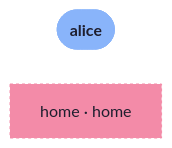
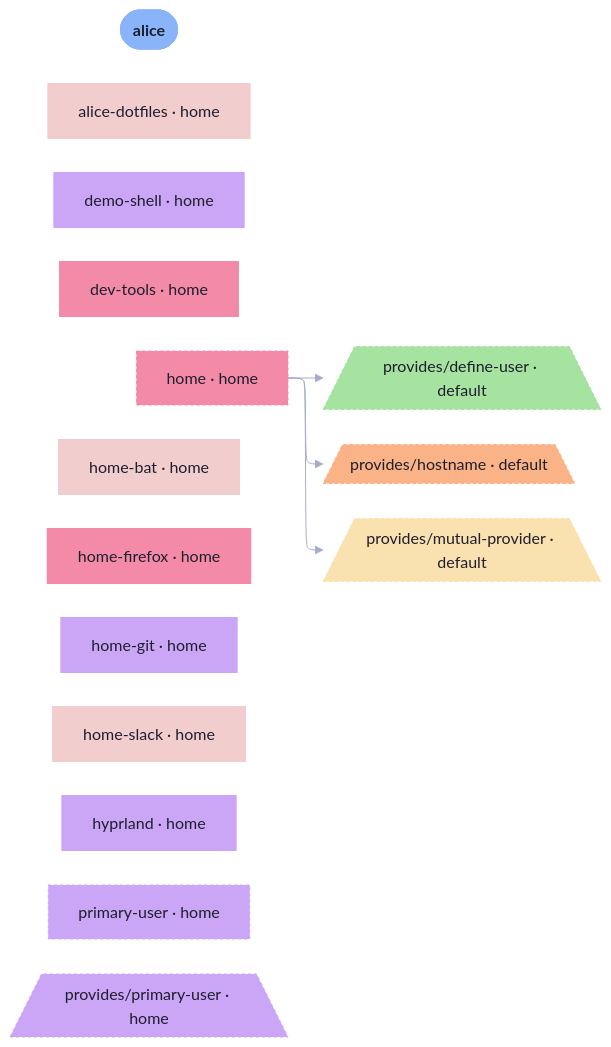
Before and after one commit to sini/den: the diagram in templates/diag-fx-demo/diagrams/home-alice-at-laptop-orphans.md, drawn with Mermaid. The commit also changed 849 other files, not shown here.

Commit message:
chore: update fx diagrams

````diff
--- a/templates/diag-fx-demo/diagrams/home-alice-at-laptop-orphans.md
+++ b/templates/diag-fx-demo/diagrams/home-alice-at-laptop-orphans.md
@@ -5,10 +5,39 @@
 ```mermaid
 %%{init: {"elk":{"mergeEdges":true,"nodePlacementStrategy":"BRANDES_KOEPF"},"layout":"elk","theme":"base","themeVariables":{"activationBkgColor":"#313244","activationBorderColor":"#6c7086","actorBkg":"#313244","actorBorder":"#a6adc8","actorLineColor":"#a6adc8","actorTextColor":"#cdd6f4","background":"#1e1e2e","classText":"#cdd6f4","clusterBkg":"#313244","clusterBorder":"#6c7086","edgeLabelBackground":"#1e1e2e","labelBoxBkgColor":"#313244","labelBoxBorderColor":"#a6adc8","labelTextColor":"#cdd6f4","lineColor":"#a6adc8","loopTextColor":"#cdd6f4","mainBkg":"#313244","nodeBkg":"#313244","nodeBorder":"#a6adc8","nodeTextColor":"#cdd6f4","noteBkgColor":"#313244","noteBorderColor":"#6c7086","noteTextColor":"#cdd6f4","pie1":"#f38ba8","pie2":"#fab387","pie3":"#f9e2af","pie4":"#a6e3a1","pie5":"#94e2d5","pie6":"#89b4fa","pie7":"#cba6f7","pie8":"#f2cdcd","pieLegendTextColor":"#cdd6f4","pieOuterStrokeColor":"#6c7086","pieSectionTextColor":"#cdd6f4","pieStrokeColor":"#6c7086","pieTitleTextColor":"#cdd6f4","primaryBorderColor":"#a6adc8","primaryColor":"#313244","primaryTextColor":"#cdd6f4","secondBkg":"#313244","secondaryBorderColor":"#6c7086","secondaryColor":"#313244","secondaryTextColor":"#cdd6f4","sequenceNumberColor":"#1e1e2e","signalColor":"#a6adc8","signalTextColor":"#cdd6f4","tertiaryBorderColor":"#6c7086","tertiaryColor":"#313244","tertiaryTextColor":"#cdd6f4","textColor":"#cdd6f4","titleColor":"#cdd6f4"}}}%%
 graph LR
   alice([alice]):::root
+  alice_dotfiles["alice-dotfiles · home"]:::alice_dotfiles_c
+  den__provides__define_user[/"provides/define-user · default"\]:::den__provides__define_user_c
+  demo_shell["demo-shell · home"]:::demo_shell_c
+  dev_tools["dev-tools · home"]:::dev_tools_c
   home["home · home"]:::home_c
+  home_bat["home-bat · home"]:::home_bat_c
+  home_firefox["home-firefox · home"]:::home_firefox_c
+  home_git["home-git · home"]:::home_git_c
+  home_slack["home-slack · home"]:::home_slack_c
+  den__provides__hostname[/"provides/hostname · default"\]:::den__provides__hostname_c
+  hyprland["hyprland · home"]:::hyprland_c
+  den__provides__mutual_provider[/"provides/mutual-provider · default"\]:::den__provides__mutual_provider_c
+  primary_user["primary-user · home"]:::primary_user_c
+  den__provides__primary_user[/"provides/primary-user · home"\]:::den__provides__primary_user_c
 
+  home --> den__provides__define_user
+  home --> den__provides__hostname
+  home --> den__provides__mutual_provider
 
   classDef root fill:#89b4fa,stroke:#89b4fa,color:#1e1e2e,font-weight:bold
+  classDef alice_dotfiles_c fill:#f2cdcd,stroke:#f2cdcd,color:#1e1e2e,stroke-width:2px
+  classDef den__provides__define_user_c fill:#a6e3a1,stroke:#a6e3a1,color:#1e1e2e,stroke-dasharray: 3 3,stroke-width:1px
+  classDef demo_shell_c fill:#cba6f7,stroke:#cba6f7,color:#1e1e2e,stroke-width:2px
+  classDef dev_tools_c fill:#f38ba8,stroke:#f38ba8,color:#1e1e2e,stroke-width:2px
   classDef home_c fill:#f38ba8,stroke:#f38ba8,color:#1e1e2e,stroke-dasharray: 3 3,stroke-width:1px
+  classDef home_bat_c fill:#f2cdcd,stroke:#f2cdcd,color:#1e1e2e,stroke-width:2px
+  classDef home_firefox_c fill:#f38ba8,stroke:#f38ba8,color:#1e1e2e,stroke-width:2px
+  classDef home_git_c fill:#cba6f7,stroke:#cba6f7,color:#1e1e2e,stroke-width:2px
+  classDef home_slack_c fill:#f2cdcd,stroke:#f2cdcd,color:#1e1e2e,stroke-width:2px
+  classDef den__provides__hostname_c fill:#fab387,stroke:#fab387,color:#1e1e2e,stroke-dasharray: 3 3,stroke-width:1px
+  classDef hyprland_c fill:#cba6f7,stroke:#cba6f7,color:#1e1e2e,stroke-width:2px
+  classDef den__provides__mutual_provider_c fill:#f9e2af,stroke:#f9e2af,color:#1e1e2e,stroke-dasharray: 3 3,stroke-width:1px
+  classDef primary_user_c fill:#cba6f7,stroke:#cba6f7,color:#1e1e2e,stroke-dasharray: 3 3,stroke-width:1px
+  classDef den__provides__primary_user_c fill:#cba6f7,stroke:#cba6f7,color:#1e1e2e,stroke-dasharray: 3 3,stroke-width:1px
 ```
````
